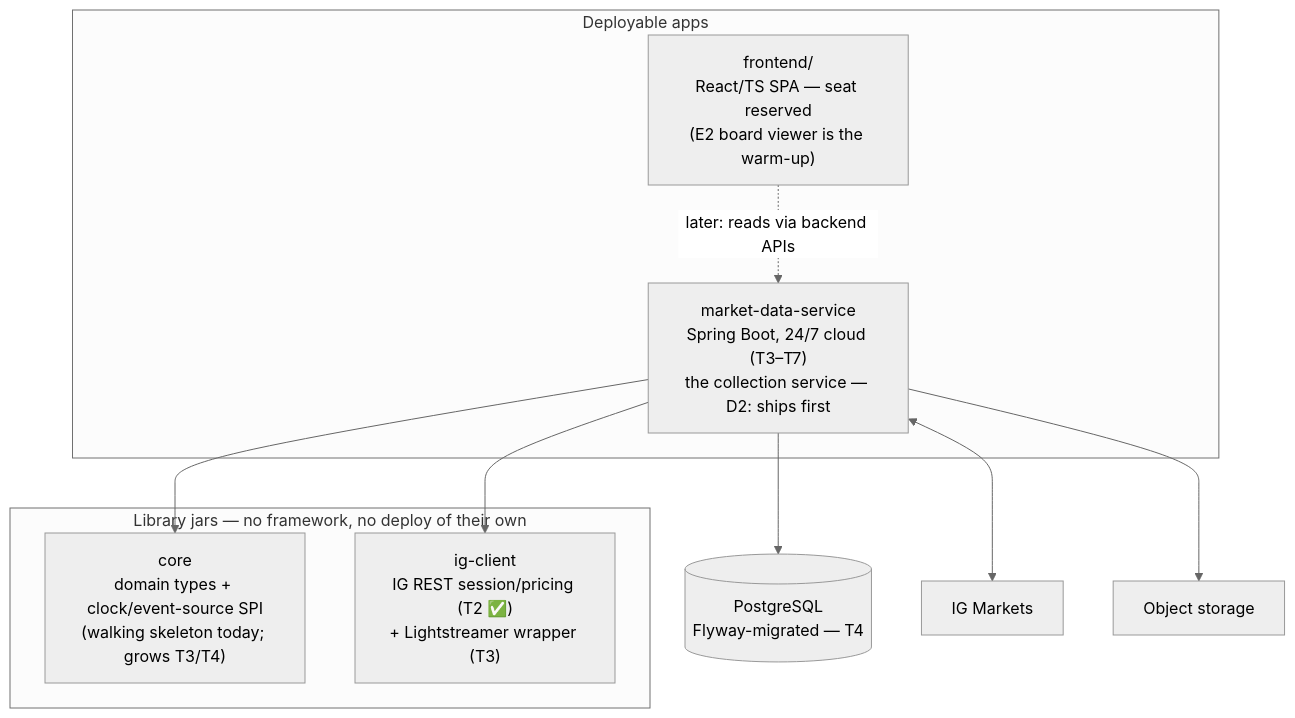
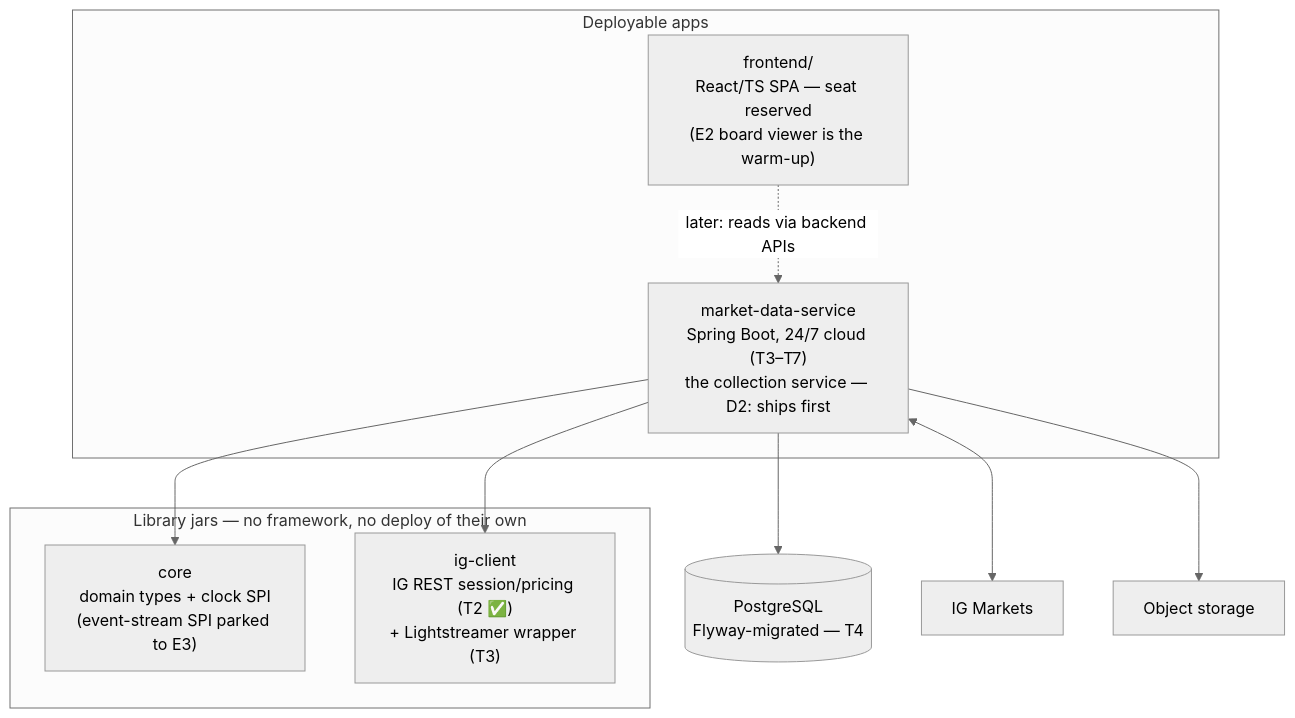
Before and after one commit to amfshr/tradebench: the second of 4 diagrams in docs/design/architecture.md, drawn with Mermaid (neutral theme). The commit also changed other lines of this file and 4 other files, not shown here.

First line of the commit message:
core: 🧊 park the event-stream SPI until E3's engine design session (Alex's ruling)

````diff
--- a/docs/design/architecture.md
+++ b/docs/design/architecture.md
@@ -39,20 +39,20 @@
 ```mermaid
 flowchart TB
     subgraph libs [Library jars — no framework, no deploy of their own]
-        CORE["core\ndomain types + clock/event-source SPI\n(walking skeleton today; grows T3/T4)"]
+        CORE["core\ndomain types + clock SPI\n(event-stream SPI parked to E3)"]
         IGC["ig-client\nIG REST session/pricing (T2 ✅)\n+ Lightstreamer wrapper (T3)"]
     end
     subgraph apps [Deployable apps]
         MDS["market-data-service\nSpring Boot, 24/7 cloud (T3–T7)\nthe collection service — D2: ships first"]
         FE["frontend/\nReact/TS SPA — seat reserved\n(E2 board viewer is the warm-up)"]
     end
     PG[(PostgreSQL\nFlyway-migrated — T4)]
     IGX["IG Markets"]
     OSX["Object storage"]
     MDS --> CORE
     MDS --> IGC
     MDS --> PG
     MDS <--> IGX
     MDS --> OSX
     FE -.->|later: reads via backend APIs| MDS
 ```
````
